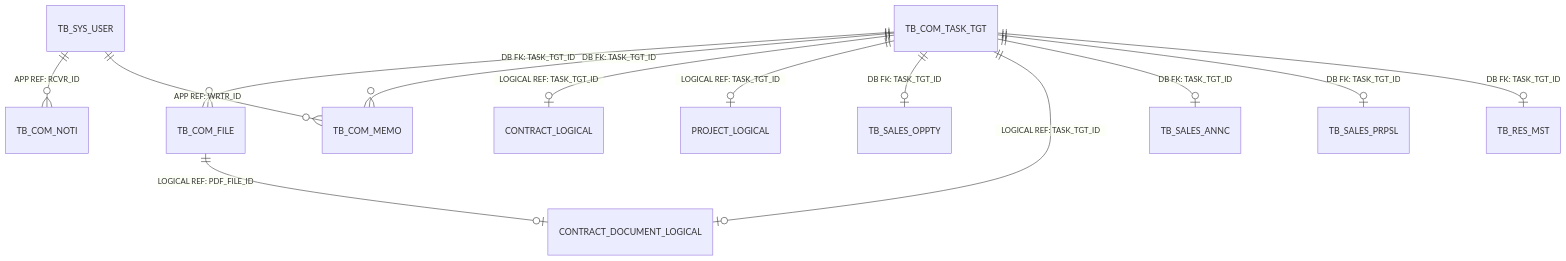
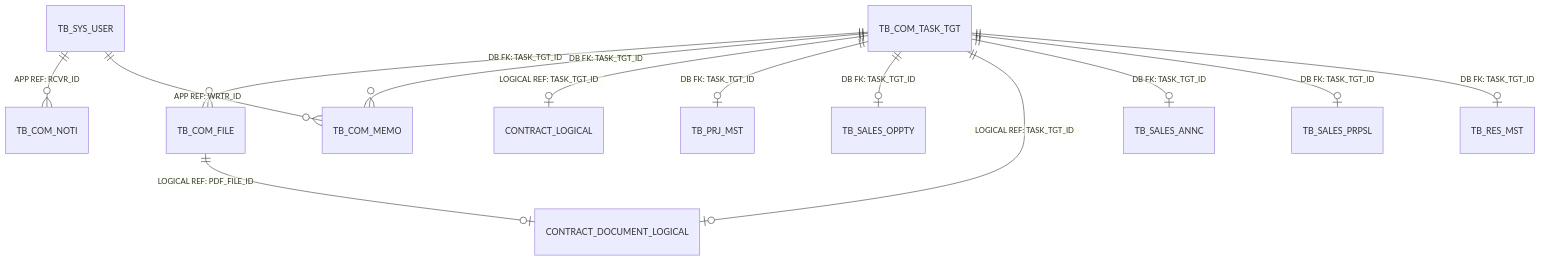
One commit to MrKkondae/business-management-system changed the first of 3 diagrams in docs/02.architecture/02.data-architecture/04.model-diagrams/physical/02.common-management-erd.md. Above: the diagram before and after it, drawn with Mermaid. The commit also changed other lines of this file and 22 other files, not shown here.

````diff
--- a/docs/02.architecture/02.data-architecture/04.model-diagrams/physical/02.common-management-erd.md
+++ b/docs/02.architecture/02.data-architecture/04.model-diagrams/physical/02.common-management-erd.md
@@ -34,15 +34,15 @@
 ```mermaid
 erDiagram
     TB_SYS_USER ||--o{ TB_COM_NOTI : "APP REF: RCVR_ID"
     TB_COM_TASK_TGT ||--o{ TB_COM_FILE : "DB FK: TASK_TGT_ID"
     TB_COM_TASK_TGT ||--o{ TB_COM_MEMO : "DB FK: TASK_TGT_ID"
     TB_SYS_USER ||--o{ TB_COM_MEMO : "APP REF: WRTR_ID"
     TB_COM_TASK_TGT ||--o| CONTRACT_LOGICAL : "LOGICAL REF: TASK_TGT_ID"
-    TB_COM_TASK_TGT ||--o| PROJECT_LOGICAL : "LOGICAL REF: TASK_TGT_ID"
+    TB_COM_TASK_TGT ||--o| TB_PRJ_MST : "DB FK: TASK_TGT_ID"
     TB_COM_TASK_TGT ||--o| TB_SALES_OPPTY : "DB FK: TASK_TGT_ID"
     TB_COM_TASK_TGT ||--o| CONTRACT_DOCUMENT_LOGICAL : "LOGICAL REF: TASK_TGT_ID"
     TB_COM_TASK_TGT ||--o| TB_SALES_ANNC : "DB FK: TASK_TGT_ID"
     TB_COM_TASK_TGT ||--o| TB_SALES_PRPSL : "DB FK: TASK_TGT_ID"
     TB_COM_TASK_TGT ||--o| TB_RES_MST : "DB FK: TASK_TGT_ID"
     TB_COM_FILE ||--o| CONTRACT_DOCUMENT_LOGICAL : "LOGICAL REF: PDF_FILE_ID"
 ```
````
